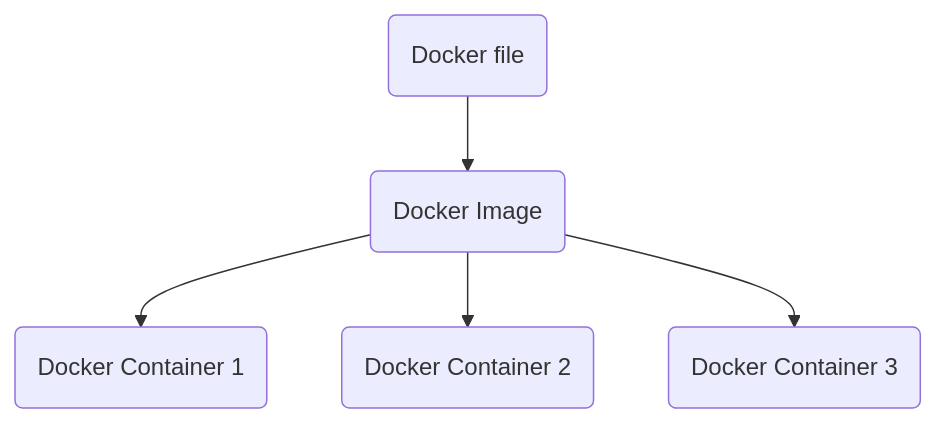
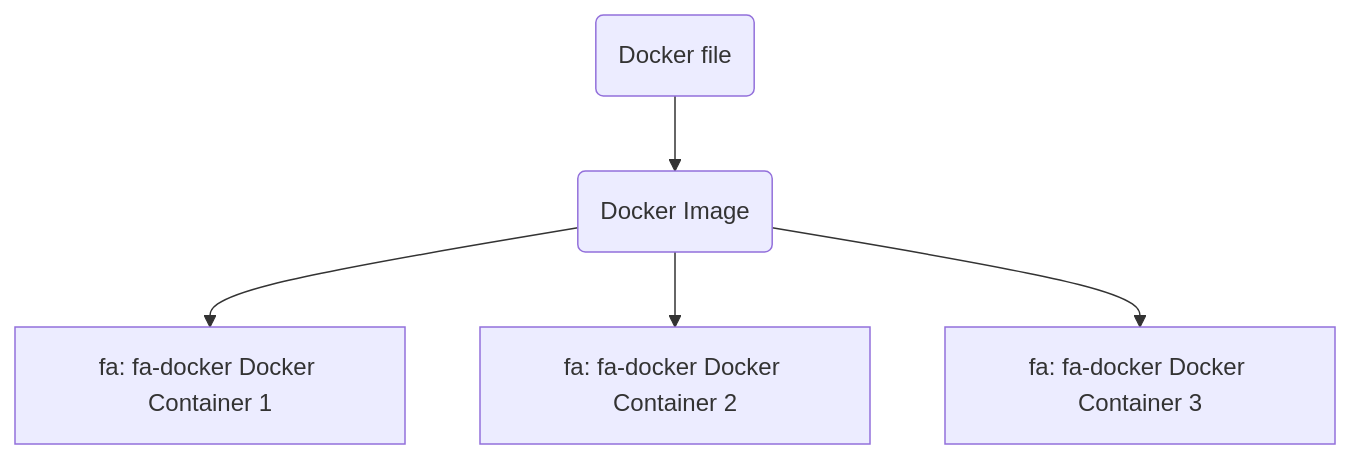
The diagram in Docker notes cookbooks/Docker.md (rmpasswd/DevOps-Learning-Path), drawn with Mermaid before and after one commit.

Commit message:
added fontawesome icon in mermaid flowchart.

````diff
--- a/Docker notes cookbooks/Docker.md
+++ b/Docker notes cookbooks/Docker.md
@@ -151,8 +151,8 @@
 ```mermaid
 flowchart TD
     A(Docker file) --> B(Docker Image);
-    B -->C(Docker Container 1);
-    B -->D(Docker Container 2);
-    B -->E(Docker Container 3);
+    B -->C["fa: fa-docker Docker Container 1"];
+    B -->D["fa: fa-docker Docker Container 2"];
+    B -->E["fa: fa-docker Docker Container 3"];
 
 ```
````
